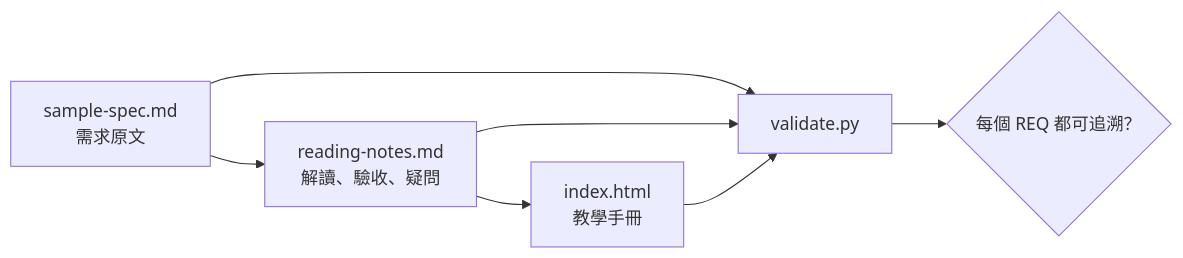
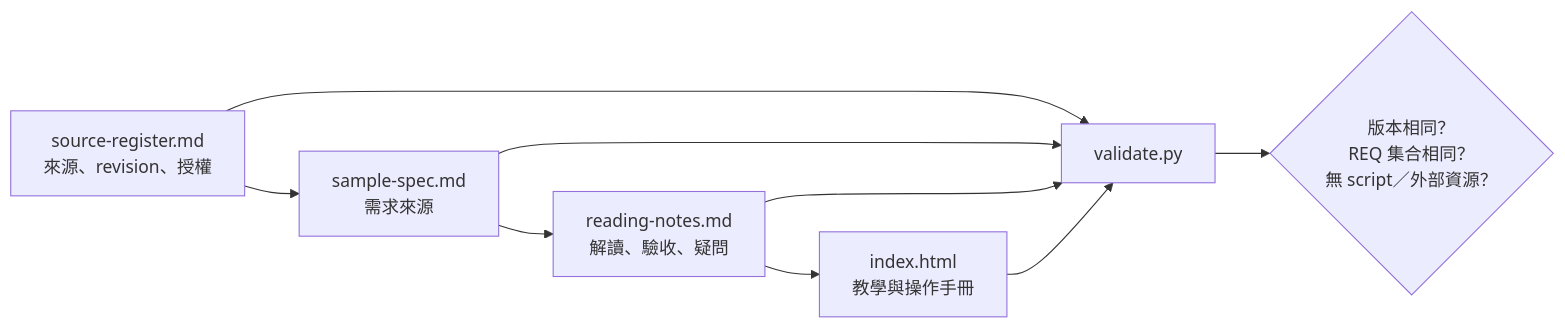
One commit to JiaChangGit/ai_dev_platform-cicd-platform changed the first of 4 diagrams in examples/spec-notes/SAMPLE.md. Above: the diagram before and after it, drawn with Mermaid. The commit also changed other lines of this file and 28 other files, not shown here.

````diff
--- a/examples/spec-notes/SAMPLE.md
+++ b/examples/spec-notes/SAMPLE.md
@@ -5,9 +20,11 @@
 ```mermaid
 flowchart LR
-    S["sample-spec.md<br/>需求原文"] --> N["reading-notes.md<br/>解讀、驗收、疑問"]
-    N --> H["index.html<br/>教學手冊"]
-    S --> V["validate.py"]
+    R["source-register.md<br/>來源、revision、授權"] --> S["sample-spec.md<br/>需求來源"]
+    S --> N["reading-notes.md<br/>解讀、驗收、疑問"]
+    N --> H["index.html<br/>教學與操作手冊"]
+    R --> V["validate.py"]
+    S --> V
     N --> V
     H --> V
-    V --> R{"每個 REQ 都可追溯？"}
+    V --> O{"版本相同？<br/>REQ 集合相同？<br/>無 script／外部資源？"}
 ```
````
